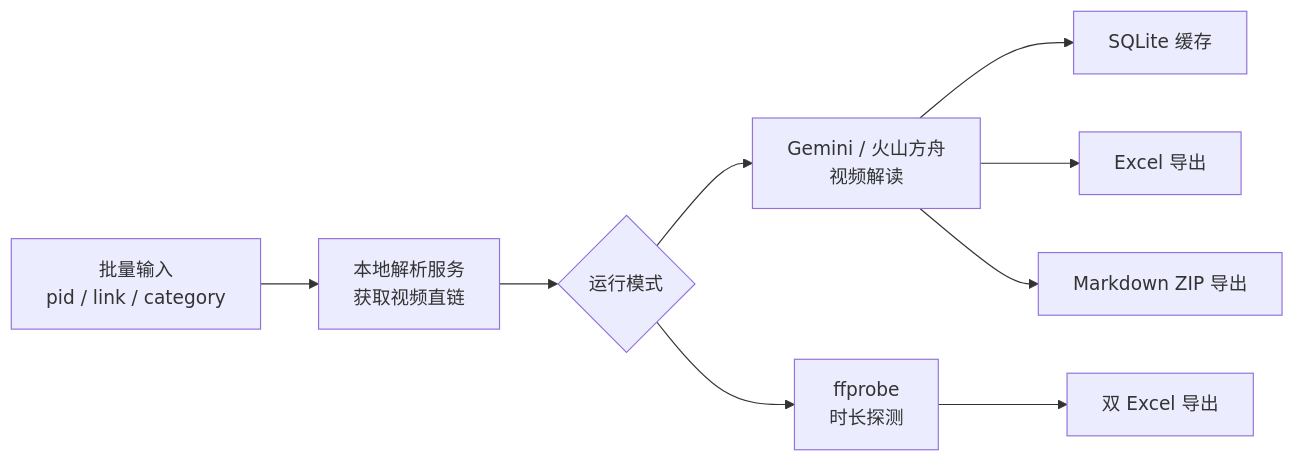
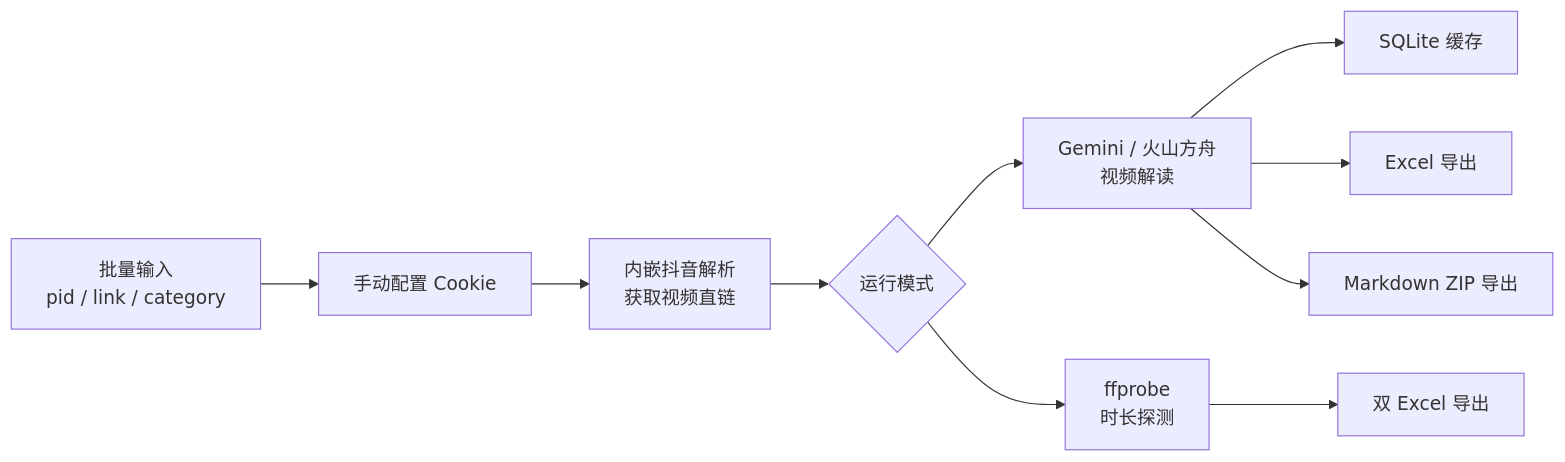
The diagram in README.md (yycy134679/video2prompt), drawn with Mermaid before and after one commit. The commit also changed other lines of this file and 15 other files, not shown here.

````diff
--- a/README.md
+++ b/README.md
@@ -41,11 +43,12 @@
 ```mermaid
 flowchart LR
-  A["批量输入<br/>pid / link / category"] --> B["本地解析服务<br/>获取视频直链"]
-  B --> C{"运行模式"}
-  C --> D["Gemini / 火山方舟<br/>视频解读"]
-  C --> E["ffprobe<br/>时长探测"]
-  D --> F["SQLite 缓存"]
-  D --> G["Excel 导出"]
-  D --> H["Markdown ZIP 导出"]
-  E --> I["双 Excel 导出"]
+  A["批量输入<br/>pid / link / category"] --> B["手动配置 Cookie"]
+  B --> C["内嵌抖音解析<br/>获取视频直链"]
+  C --> D{"运行模式"}
+  D --> E["Gemini / 火山方舟<br/>视频解读"]
+  D --> F["ffprobe<br/>时长探测"]
+  E --> G["SQLite 缓存"]
+  E --> H["Excel 导出"]
+  E --> I["Markdown ZIP 导出"]
+  F --> J["双 Excel 导出"]
 ```
````
